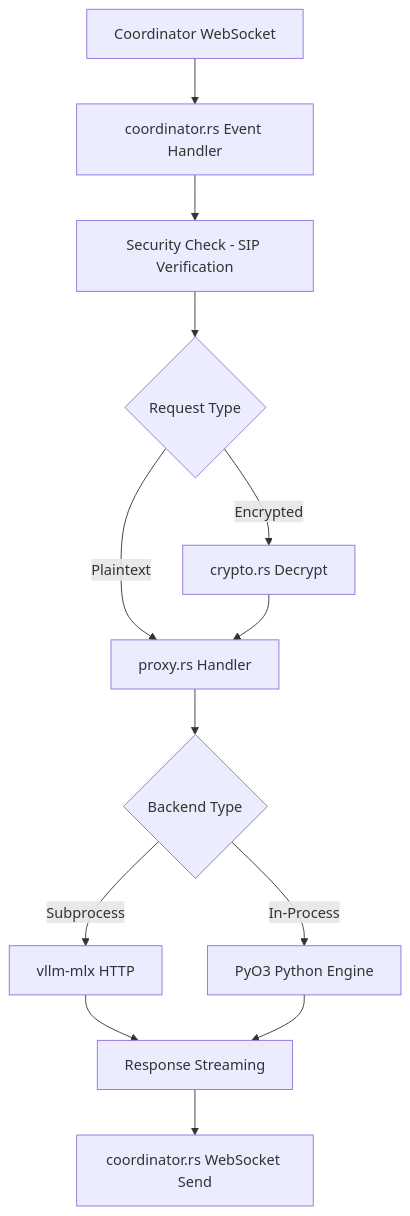
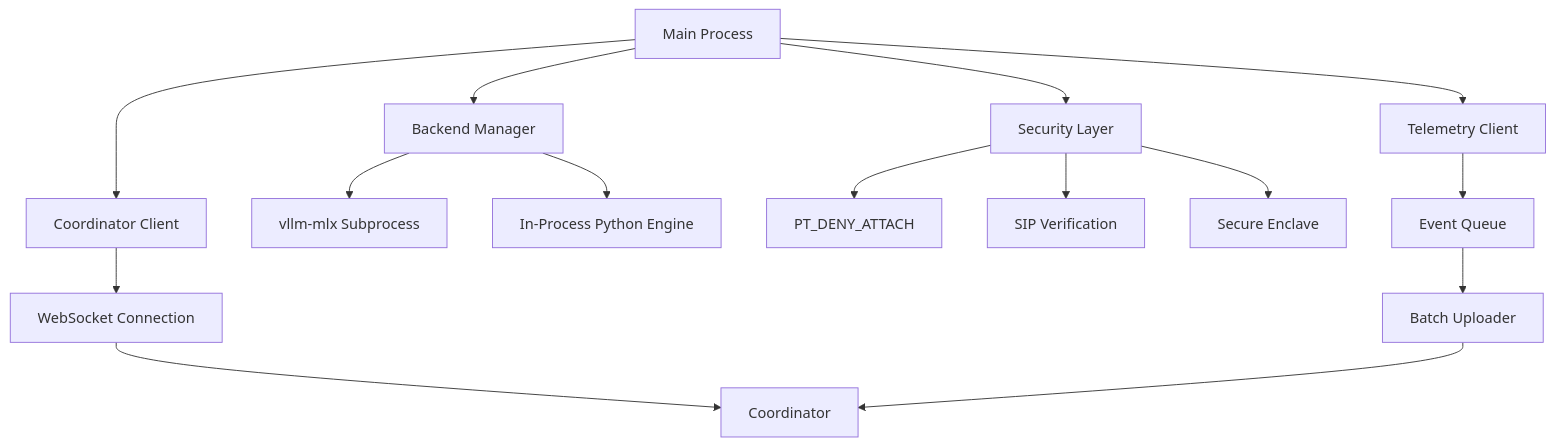
One commit to researchoors/knowledge-maintenance changed the first of 4 diagrams in artifacts/d-inference/service_analyses/darkbloom.md. Above: the diagram before and after it, drawn with Mermaid. The commit also changed other lines of this file and 23 other files, not shown here.

````diff
--- a/artifacts/d-inference/service_analyses/darkbloom.md
+++ b/artifacts/d-inference/service_analyses/darkbloom.md
@@ -92,15 +17,21 @@
 ```mermaid
-graph TD
-    A[Coordinator WebSocket] --> B[coordinator.rs Event Handler]
-    B --> C[Security Check - SIP Verification]
-    C --> D{Request Type}
-    D -->|Encrypted| E[crypto.rs Decrypt]
-    D -->|Plaintext| F[proxy.rs Handler]
-    E --> F
-    F --> G{Backend Type}
-    G -->|Subprocess| H[vllm-mlx HTTP]
-    G -->|In-Process| I[PyO3 Python Engine]
-    H --> J[Response Streaming]
-    I --> J
-    J --> K[coordinator.rs WebSocket Send]
+graph TB
+    A[Main Process] --> B[Coordinator Client]
+    A --> C[Backend Manager]
+    A --> D[Security Layer]
+    A --> E[Telemetry Client]
+    
+    B --> F[WebSocket Connection]
+    F --> G[Coordinator]
+    
+    C --> H[vllm-mlx Subprocess]
+    C --> I[In-Process Python Engine]
+    
+    D --> J[PT_DENY_ATTACH]
+    D --> K[SIP Verification]
+    D --> L[Secure Enclave]
+    
+    E --> M[Event Queue]
+    M --> N[Batch Uploader]
+    N --> G
 ```
````
